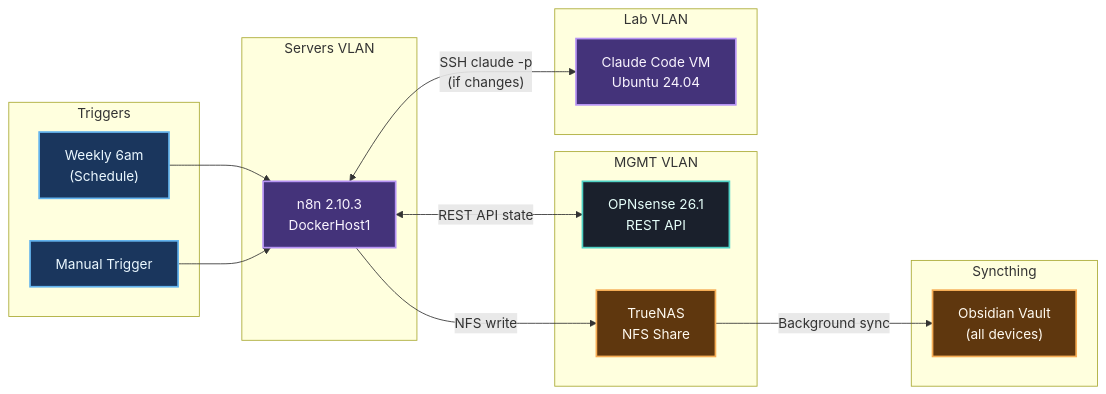
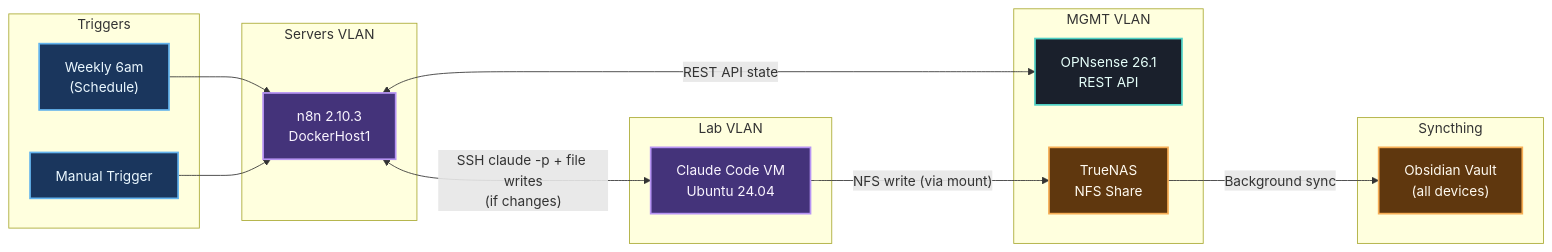
One commit to moshthesubnet/hugo_website changed the first of 2 diagrams in content/docs/projects/n8n-homelab-docs-pipeline/index.md. Above: the diagram before and after it, drawn with Mermaid. The commit also changed other lines of this file and 2 other files, not shown here.

First line of the commit message:
fix(n8n-docs-pipeline): update blog, project page, and template to reflect SSH-based vault writes

```diff
--- a/content/docs/projects/n8n-homelab-docs-pipeline/index.md
+++ b/content/docs/projects/n8n-homelab-docs-pipeline/index.md
@@ -41,41 +41,41 @@
 {{< mermaid >}}
 flowchart LR
     subgraph trigger["Triggers"]
         SCHED["Weekly 6am<br/>(Schedule)"]
         MANUAL["Manual Trigger"]
     end
 
     subgraph servers["Servers VLAN"]
         N8N["n8n 2.10.3<br/>DockerHost1"]
     end
 
     subgraph mgmt["MGMT VLAN"]
         OPN["OPNsense 26.1<br/>REST API"]
         TRUENAS["TrueNAS<br/>NFS Share"]
     end
 
     subgraph lab["Lab VLAN"]
         CLAUDE["Claude Code VM<br/>Ubuntu 24.04"]
     end
 
     subgraph sync["Syncthing"]
         OBSIDIAN["Obsidian Vault<br/>(all devices)"]
     end
 
     SCHED --> N8N
     MANUAL --> N8N
     N8N <-->|"REST API state"| OPN
-    N8N <-->|"SSH claude -p<br/>(if changes)"| CLAUDE
-    N8N -->|"NFS write"| TRUENAS
+    N8N <-->|"SSH claude -p + file writes<br/>(if changes)"| CLAUDE
+    CLAUDE -->|"NFS write (via mount)"| TRUENAS
     TRUENAS -->|"Background sync"| OBSIDIAN
 
     classDef trigger fill:#1a365d,stroke:#63b3ed,stroke-width:2px,color:#ebf8ff
     classDef api fill:#1a202c,stroke:#4fd1c5,stroke-width:2px,color:#e6fffa
     classDef code fill:#44337a,stroke:#b794f4,stroke-width:2px,color:#faf5ff
     classDef io fill:#5f370e,stroke:#f6ad55,stroke-width:2px,color:#fffaf0
 
     class SCHED,MANUAL trigger
     class OPN api
     class N8N,CLAUDE code
     class TRUENAS,OBSIDIAN io
 {{< /mermaid >}}
```
